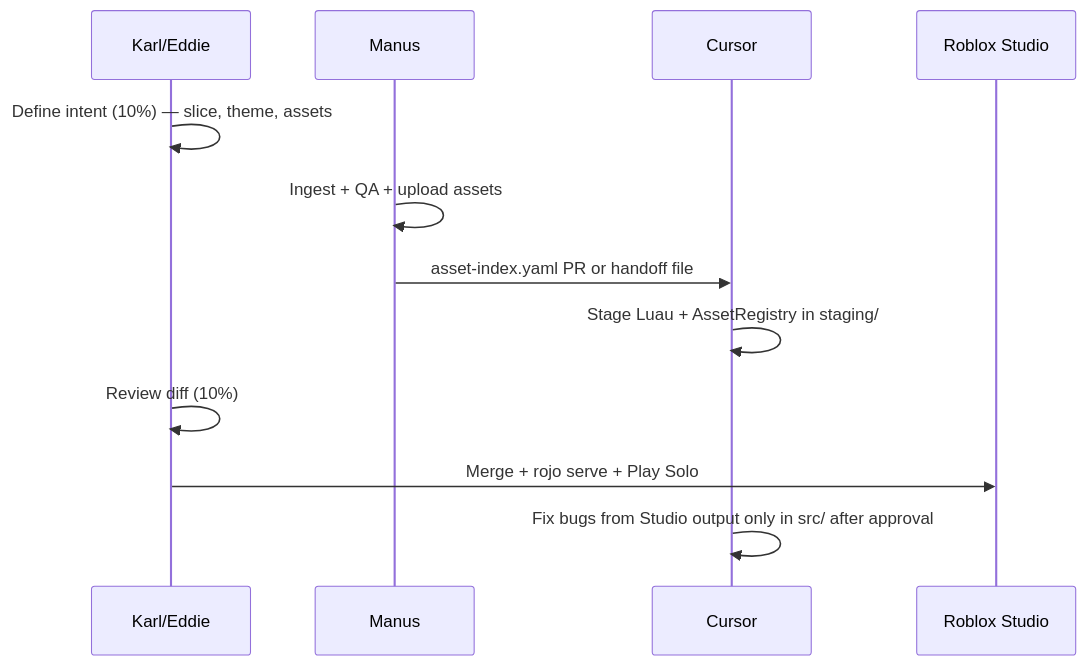
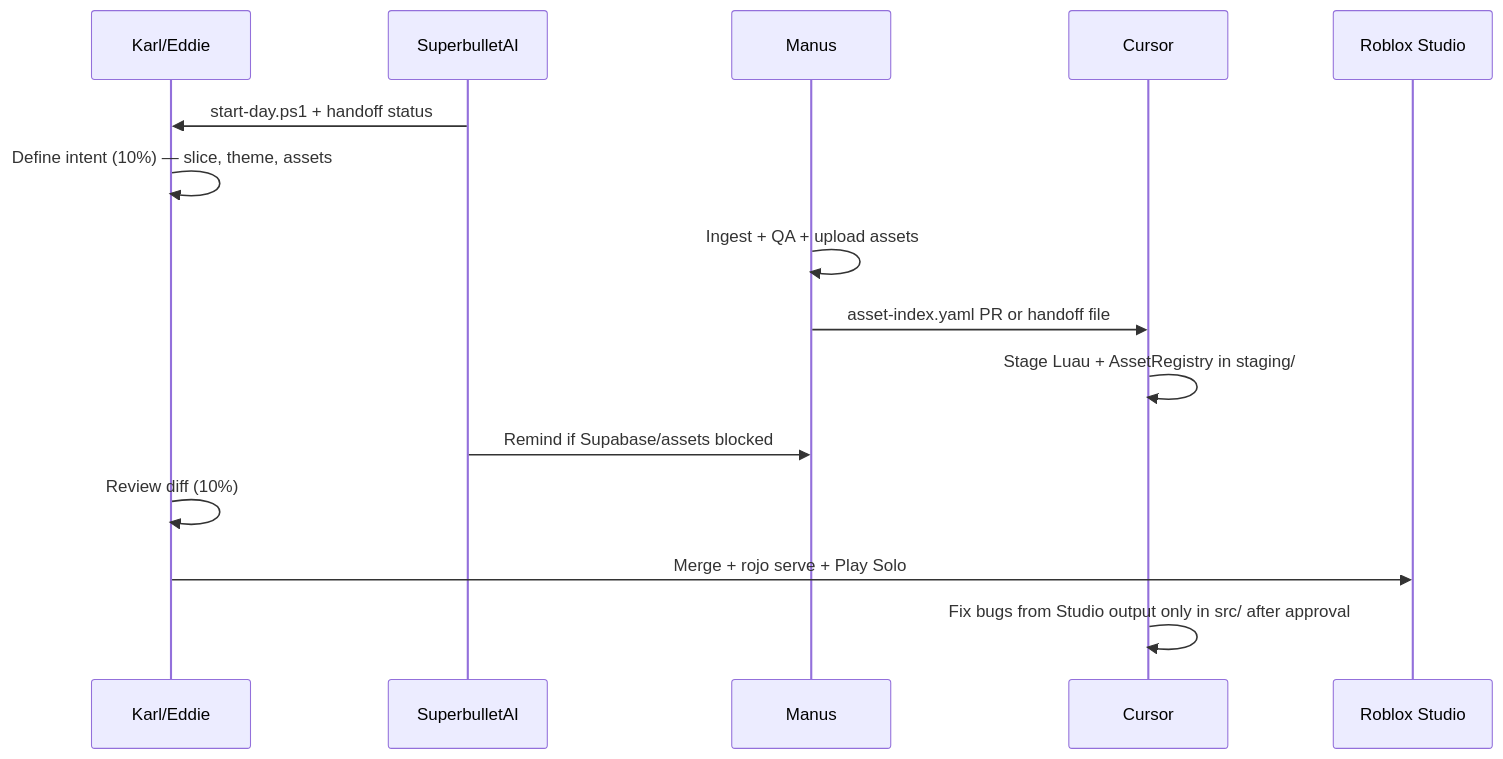
The diagram in docs/karlux/02-agent-lane-discipline.md (OBHitting3/Gemini-discovers-Diamonds), drawn with Mermaid before and after one commit. The commit also changed other lines of this file and 12 other files, not shown here.

First line of the commit message:
Add unified Karl automation: agents registry, playbook, start-day script

````diff
--- a/docs/karlux/02-agent-lane-discipline.md
+++ b/docs/karlux/02-agent-lane-discipline.md
@@ -93,15 +115,18 @@
 ```mermaid
 sequenceDiagram
     participant K as Karl/Eddie
+    participant SB as SuperbulletAI
     participant M as Manus
     participant C as Cursor
     participant R as Roblox Studio
 
+    SB->>K: start-day.ps1 + handoff status
     K->>K: Define intent (10%) — slice, theme, assets
     M->>M: Ingest + QA + upload assets
     M->>C: asset-index.yaml PR or handoff file
     C->>C: Stage Luau + AssetRegistry in staging/
+    SB->>M: Remind if Supabase/assets blocked
     K->>K: Review diff (10%)
     K->>R: Merge + rojo serve + Play Solo
     C->>C: Fix bugs from Studio output only in src/ after approval
 ```
````
